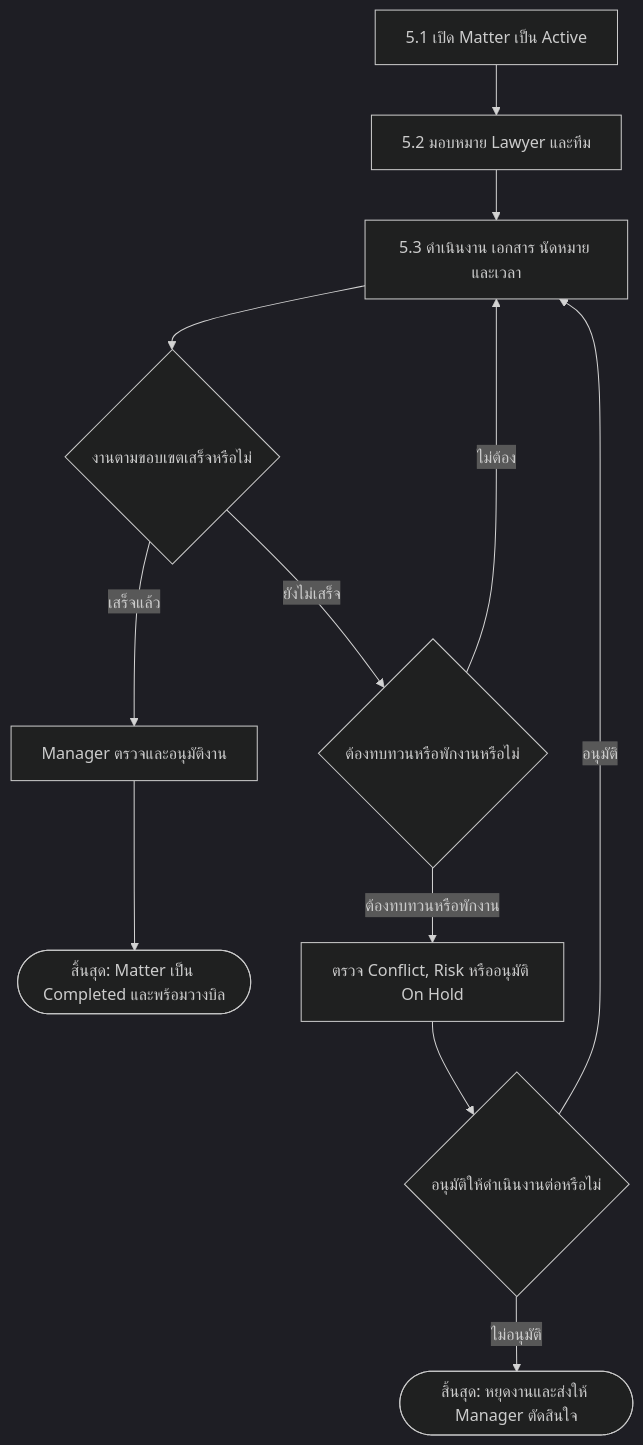
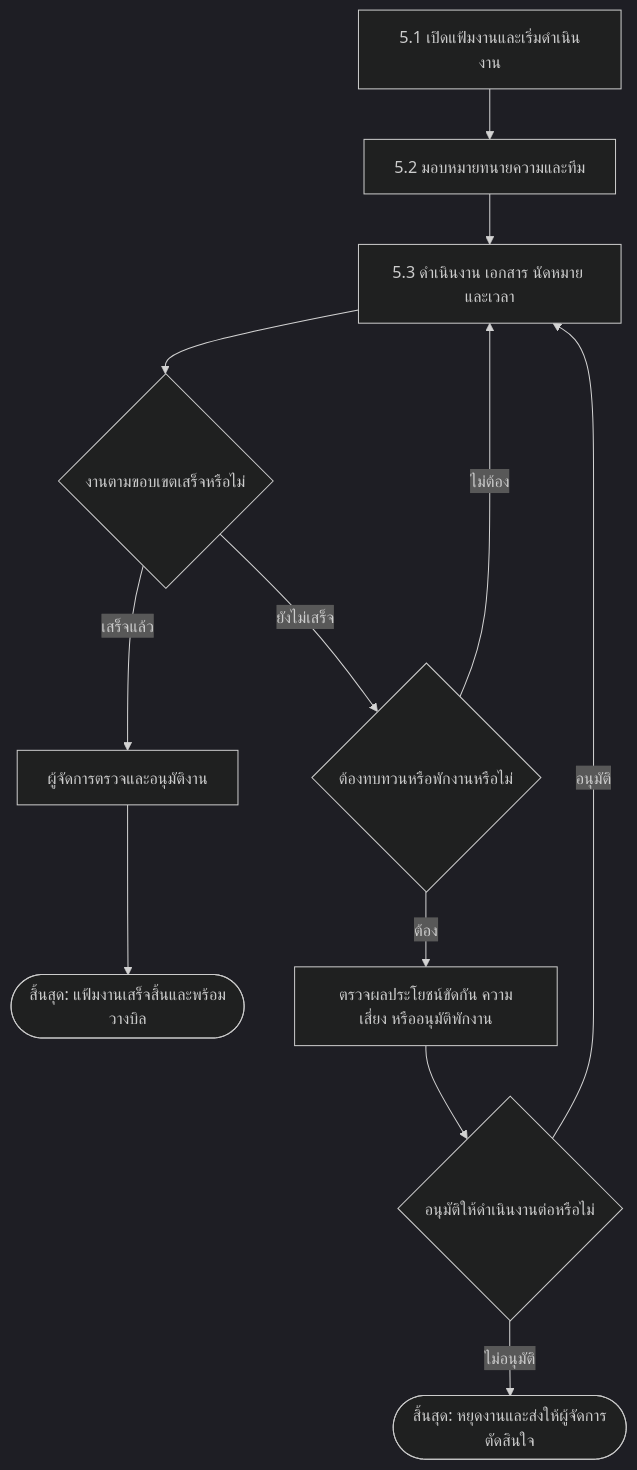
Before and after one commit to yukasung/legal_erp_docs: the fifth of 7 diagrams in docs/app/docs/workflow/page.mdx, drawn with Mermaid (dark theme). The commit also changed other lines of this file, not shown here.

````diff
--- a/docs/app/docs/workflow/page.mdx
+++ b/docs/app/docs/workflow/page.mdx
@@ -127,14 +165,14 @@
 ```mermaid
 flowchart TD
-  A["5.1 เปิด Matter เป็น Active"] --> B["5.2 มอบหมาย Lawyer และทีม"]
+  A["5.1 เปิดแฟ้มงานและเริ่มดำเนินงาน"] --> B["5.2 มอบหมายทนายความและทีม"]
   B --> C["5.3 ดำเนินงาน เอกสาร นัดหมาย และเวลา"]
   C --> D{"งานตามขอบเขตเสร็จหรือไม่"}
-  D -->|เสร็จแล้ว| R["Manager ตรวจและอนุมัติงาน"]
-  R --> Z(["สิ้นสุด: Matter เป็น Completed และพร้อมวางบิล"])
+  D -->|เสร็จแล้ว| R["ผู้จัดการตรวจและอนุมัติงาน"]
+  R --> Z(["สิ้นสุด: แฟ้มงานเสร็จสิ้นและพร้อมวางบิล"])
   D -->|ยังไม่เสร็จ| E{"ต้องทบทวนหรือพักงานหรือไม่"}
   E -->|ไม่ต้อง| C
-  E -->|ต้องทบทวนหรือพักงาน| F["ตรวจ Conflict, Risk หรืออนุมัติ On Hold"]
+  E -->|ต้อง| F["ตรวจผลประโยชน์ขัดกัน ความเสี่ยง หรืออนุมัติพักงาน"]
   F --> G{"อนุมัติให้ดำเนินงานต่อหรือไม่"}
   G -->|อนุมัติ| C
-  G -->|ไม่อนุมัติ| H(["สิ้นสุด: หยุดงานและส่งให้ Manager ตัดสินใจ"])
+  G -->|ไม่อนุมัติ| H(["สิ้นสุด: หยุดงานและส่งให้ผู้จัดการตัดสินใจ"])
 ```
````
